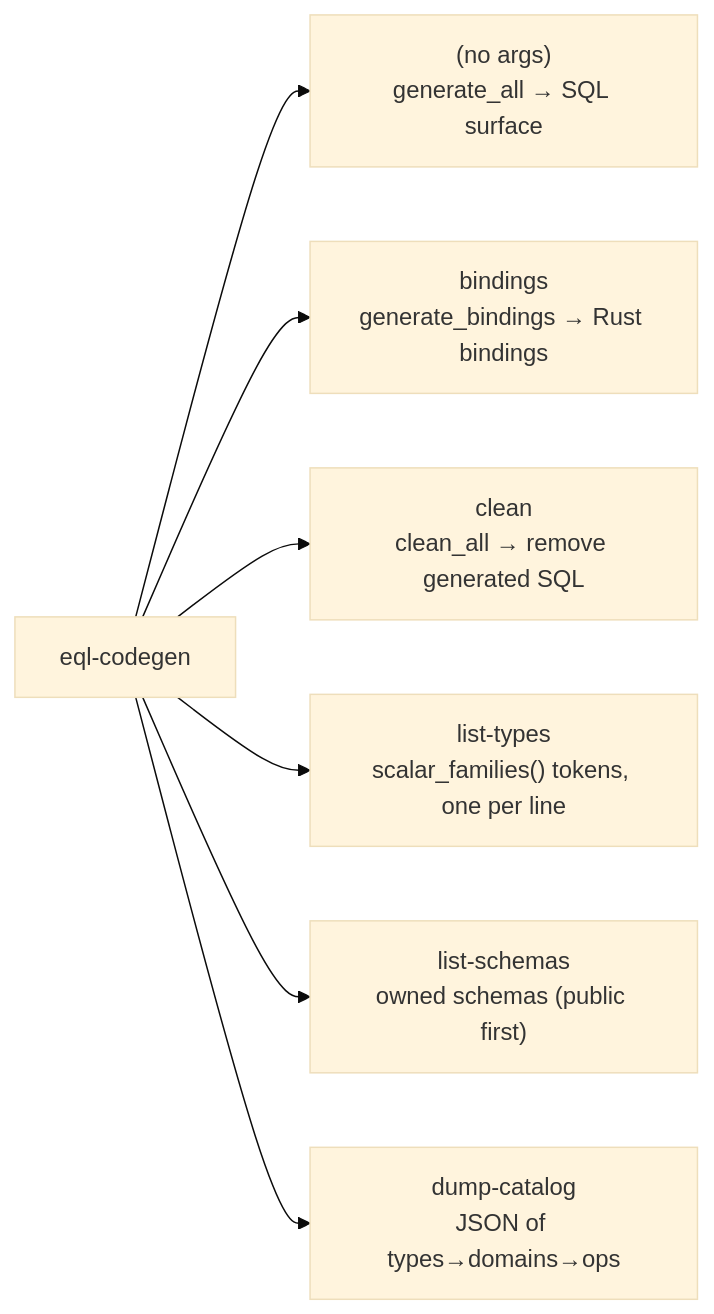
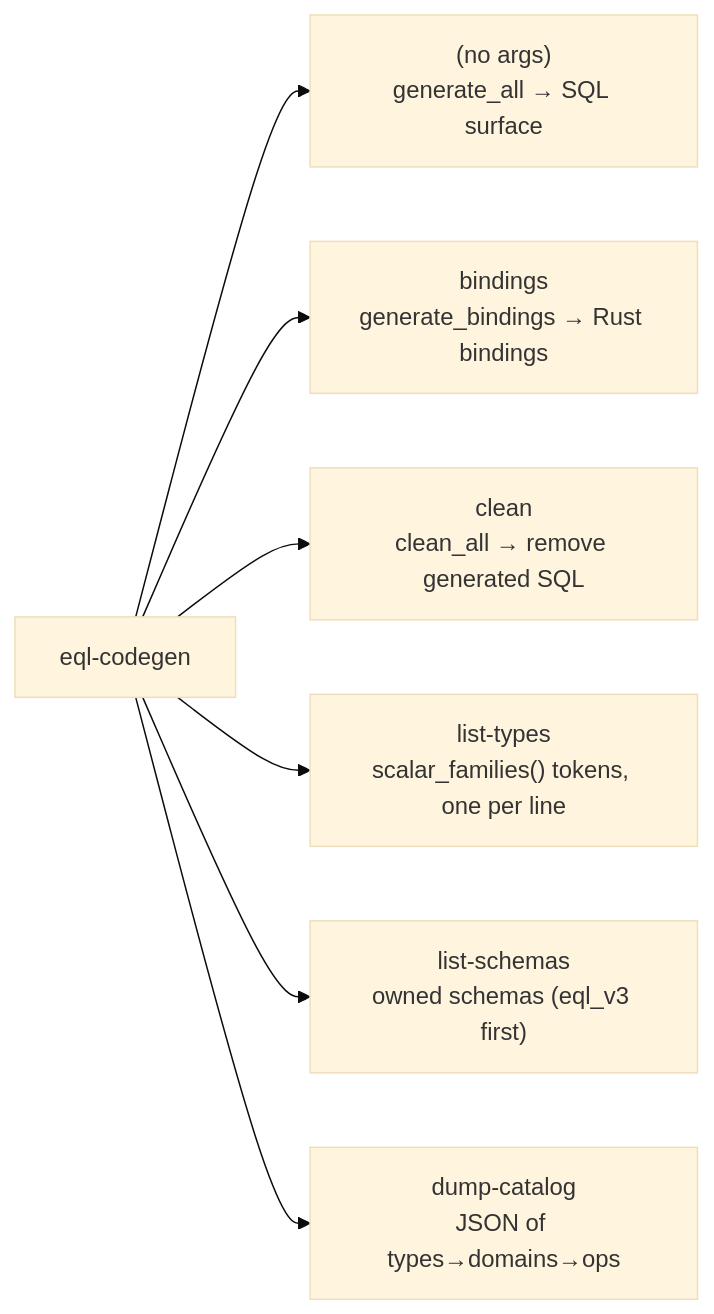
Before and after one commit to cipherstash/encrypt-query-language: the fourth of 15 diagrams in docs/reference/catalog-driven-architecture.md, drawn with Mermaid (base theme). The commit also changed 2 other files, not shown here.

Commit message:
docs(reference): fix broken cross-doc anchor and list-schemas ordering
- eql-functions.md: the SQL-support link targeted the pre-rename anchor
  (#encrypted-domain-scalar-types-eql_v3t); the heading was renamed to
  public.<T> this branch, so point at #encrypted-domain-scalar-types-publict.
- catalog-driven-architecture.md / adding-a-scalar: list-schemas prints
  owned_schemas() = [eql_v3, eql_v3_internal] (public is not emitted), so
  correct the 'public first' label to 'eql_v3 first'.

````diff
--- a/docs/reference/catalog-driven-architecture.md
+++ b/docs/reference/catalog-driven-architecture.md
@@ -235,9 +235,9 @@
 ```mermaid
 flowchart LR
     CLI["eql-codegen"] --> A["(no args)<br/>generate_all → SQL surface"]
     CLI --> B["bindings<br/>generate_bindings → Rust bindings"]
     CLI --> E["clean<br/>clean_all → remove generated SQL"]
     CLI --> C["list-types<br/>scalar_families() tokens, one per line"]
-    CLI --> F["list-schemas<br/>owned schemas (public first)"]
+    CLI --> F["list-schemas<br/>owned schemas (eql_v3 first)"]
     CLI --> D["dump-catalog<br/>JSON of types→domains→ops"]
 ```
````
